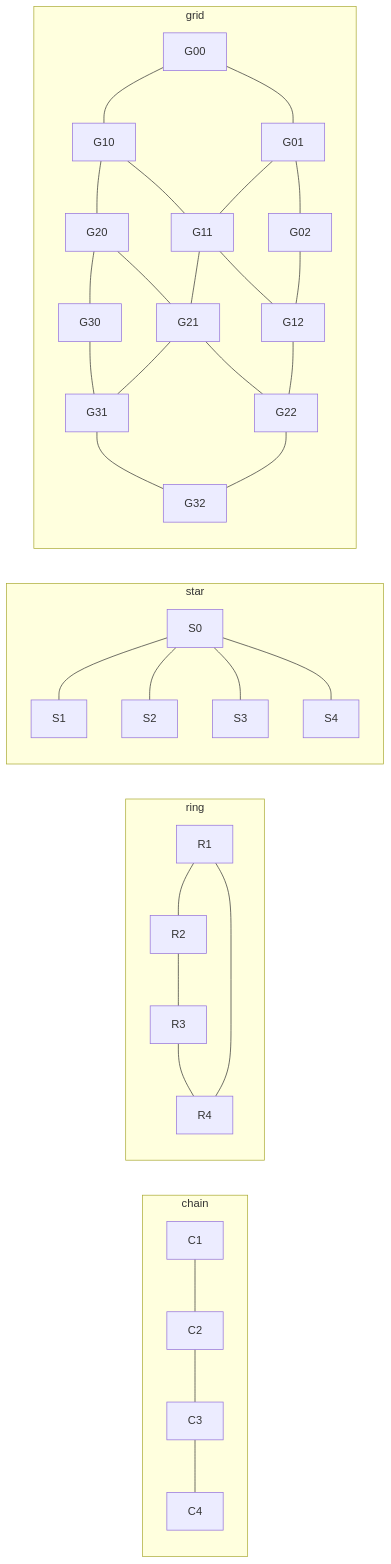
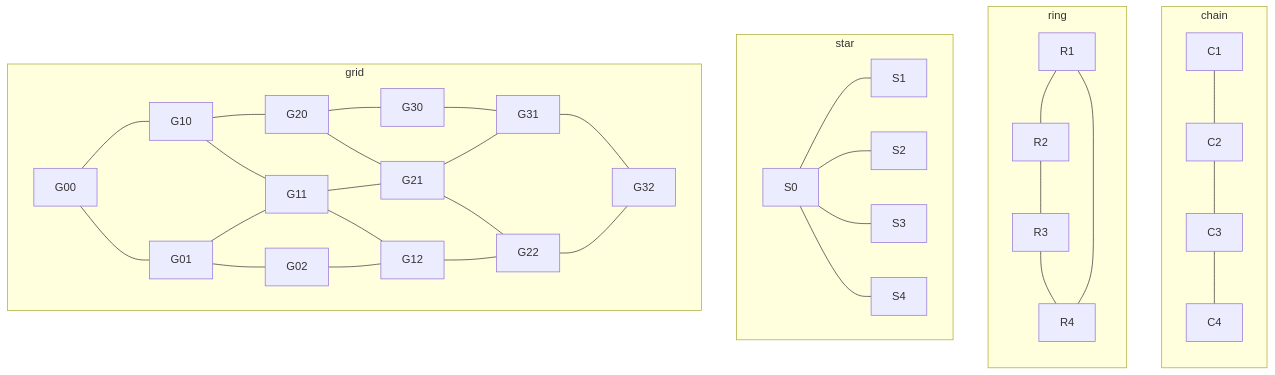
The diagram in tools/netgen/README.md (jordicf/FRAME), drawn with Mermaid before and after one commit.

Commit message:
minor modification

````diff
--- a/tools/netgen/README.md
+++ b/tools/netgen/README.md
@@ -20,45 +20,45 @@
 ```mermaid
-  graph LR 
+  graph TB 
   
       subgraph chain
       direction TB
       C1 --- C2
       C2 --- C3
       C3 --- C4
       end
       
       subgraph ring
       direction TB
       R1 --- R2
       R2 --- R3
       R3 --- R4
       R4 --- R1
       end
       
       subgraph star
       S0 --- S1
       S0 --- S2
       S0 --- S3
       S0 --- S4
       end
       
       subgraph grid
       G00 --- G01
       G01 --- G02
       G10 --- G11
       G11 --- G12
       G20 --- G21
       G21 --- G22
       G30 --- G31
       G31 --- G32
       G00 --- G10
       G10 --- G20
       G20 --- G30
       G01 --- G11
       G11 --- G21
       G21 --- G31
       G02 --- G12
       G12 --- G22
       G22 --- G32
       end
 ```
````
